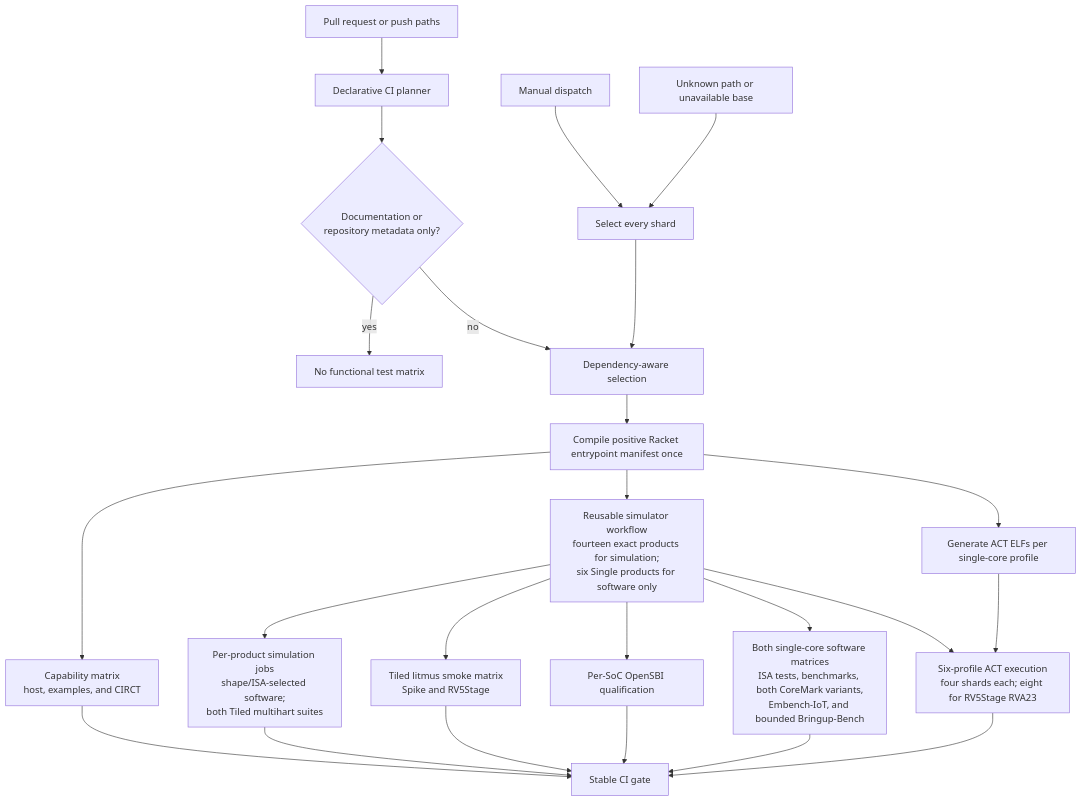
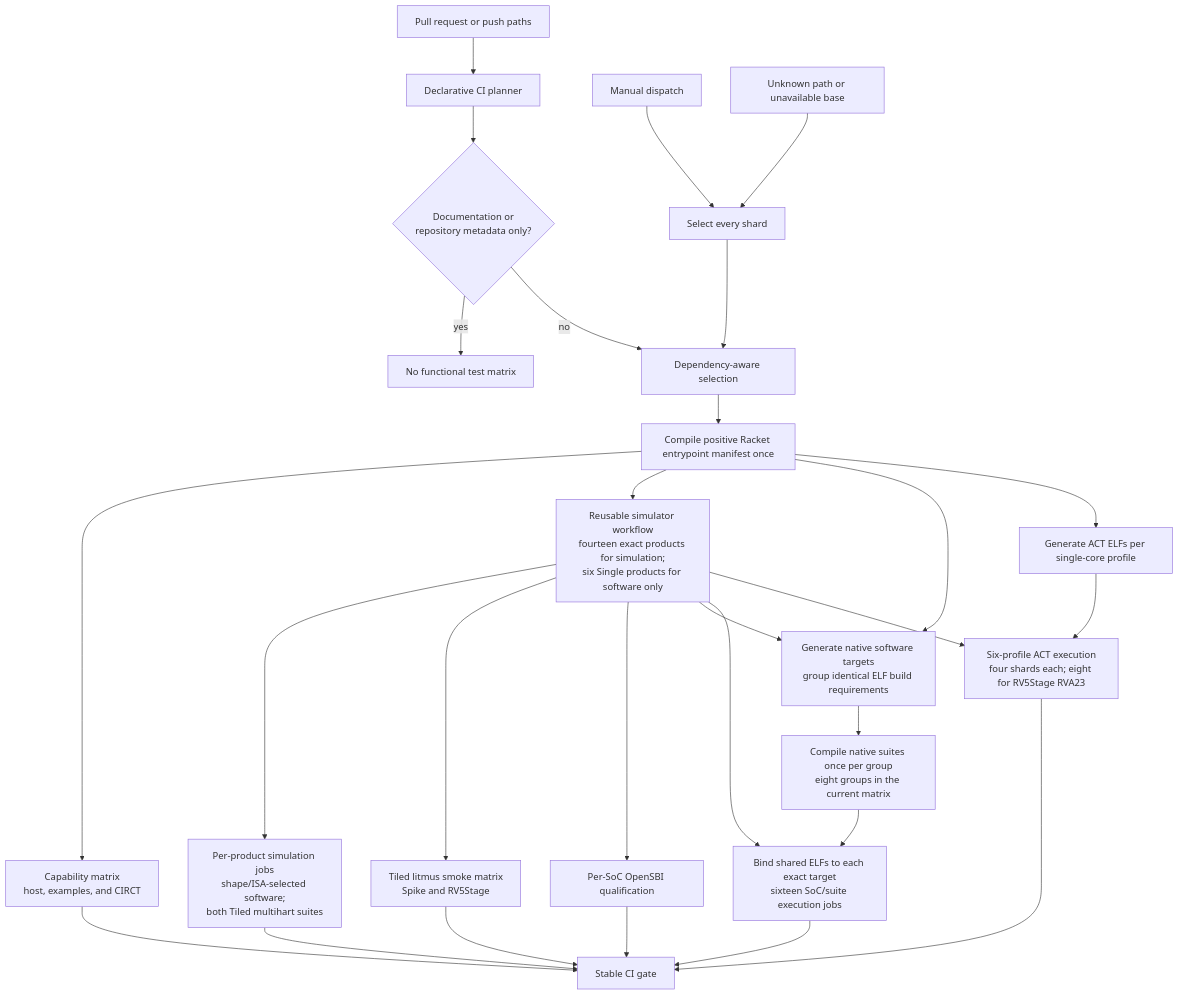
Before and after one commit to jerryz123/rhodium: the diagram in tools/testing/DEVELOPING.md, drawn with Mermaid. The commit also changed other lines of this file and 32 other files, not shown here.

````diff
--- a/tools/testing/DEVELOPING.md
+++ b/tools/testing/DEVELOPING.md
@@ -98,26 +98,30 @@
 ```mermaid
 flowchart TD
     Changes["Pull request or push paths"] --> Classifier["Declarative CI planner"]
     Manual["Manual dispatch"] --> All["Select every shard"]
     Unknown["Unknown path or unavailable base"] --> All
     Classifier --> Docs{"Documentation or<br/>repository metadata only?"}
     Docs -->|yes| None["No functional test matrix"]
     Docs -->|no| Selected["Dependency-aware selection"]
     All --> Selected
     Selected --> Compile["Compile positive Racket entrypoint manifest once"]
     Compile --> Checks["Capability matrix<br/>host, examples, and CIRCT"]
     Compile --> Simulators["Reusable simulator workflow<br/>fourteen exact products for simulation;<br/>six Single products for software only"]
     Simulators --> Simulation["Per-product simulation jobs<br/>shape/ISA-selected software;<br/>both Tiled multihart suites"]
     Simulators --> LitmusSmoke["Tiled litmus smoke matrix<br/>Spike and RV5Stage"]
     Simulators --> Qualification["Per-SoC OpenSBI qualification"]
-    Simulators --> Programs["Both single-core software matrices<br/>ISA tests, benchmarks, both CoreMark variants,<br/>Embench-IoT, and bounded Bringup-Bench"]
+    Compile --> ProgramTargets["Generate native software targets<br/>group identical ELF build requirements"]
+    Simulators --> ProgramTargets
+    ProgramTargets --> ProgramBuilds["Compile native suites once per group<br/>eight groups in the current matrix"]
+    ProgramBuilds --> Programs["Bind shared ELFs to each exact target<br/>sixteen SoC/suite execution jobs"]
+    Simulators --> Programs
     Compile --> ActBuild["Generate ACT ELFs per single-core profile"]
     Simulators --> ActRun["Six-profile ACT execution<br/>four shards each; eight for RV5Stage RVA23"]
     ActBuild --> ActRun
     Checks --> Gate["Stable CI gate"]
     Simulation --> Gate
     LitmusSmoke --> Gate
     Qualification --> Gate
     Programs --> Gate
     ActRun --> Gate
 ```
````
